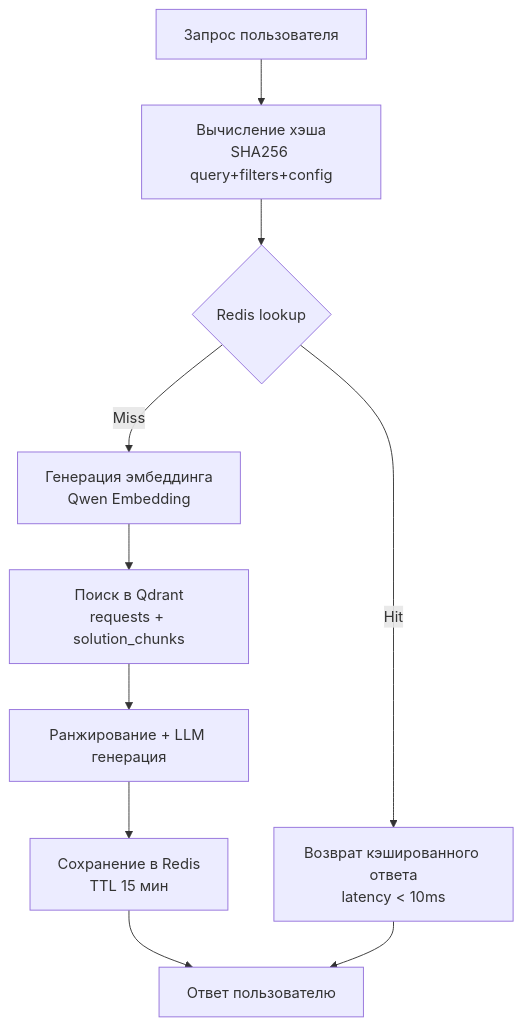
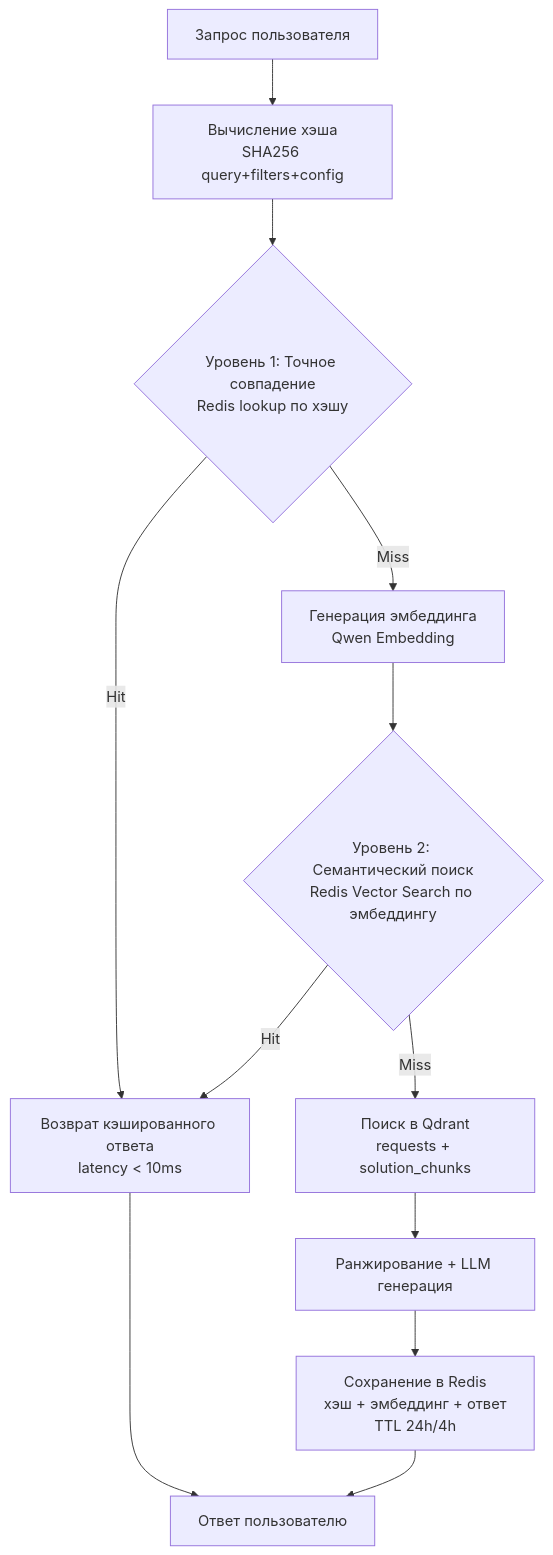
The first of 4 diagrams in 09/readme.md (BinarySimple17/AI-architect-01), drawn with Mermaid before and after one commit. The commit also changed other lines of this file, not shown here.

````diff
--- a/09/readme.md
+++ b/09/readme.md
@@ -38,12 +137,14 @@
 ```mermaid
 flowchart TD
     A[Запрос пользователя] --> B[Вычисление хэша<br/>SHA256 query+filters+config]
-    B --> C{Redis lookup}
+    B --> C{Уровень 1: Точное совпадение<br/>Redis lookup по хэшу}
     C -->|Hit| D[Возврат кэшированного ответа<br/>latency < 10ms]
     C -->|Miss| E[Генерация эмбеддинга<br/>Qwen Embedding]
-    E --> F[Поиск в Qdrant<br/>requests + solution_chunks]
-    F --> G[Ранжирование + LLM генерация]
-    G --> H[Сохранение в Redis<br/>TTL 15 мин]
-    H --> I[Ответ пользователю]
-    D --> I
+    E --> F{Уровень 2: Семантический поиск<br/>Redis Vector Search по эмбеддингу}
+    F -->|Hit| D
+    F -->|Miss| G[Поиск в Qdrant<br/>requests + solution_chunks]
+    G --> H[Ранжирование + LLM генерация]
+    H --> I[Сохранение в Redis<br/>хэш + эмбеддинг + ответ<br/>TTL 24h/4h]
+    I --> J[Ответ пользователю]
+    D --> J
 ```
````
